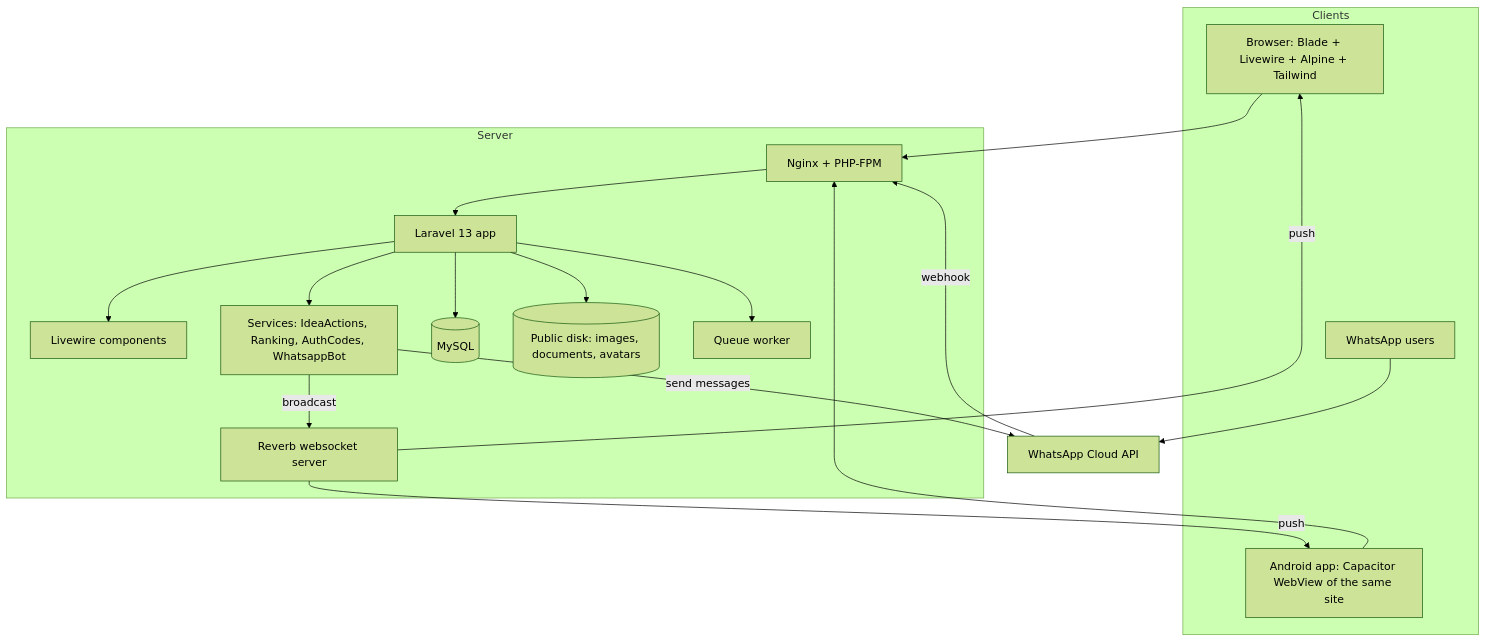
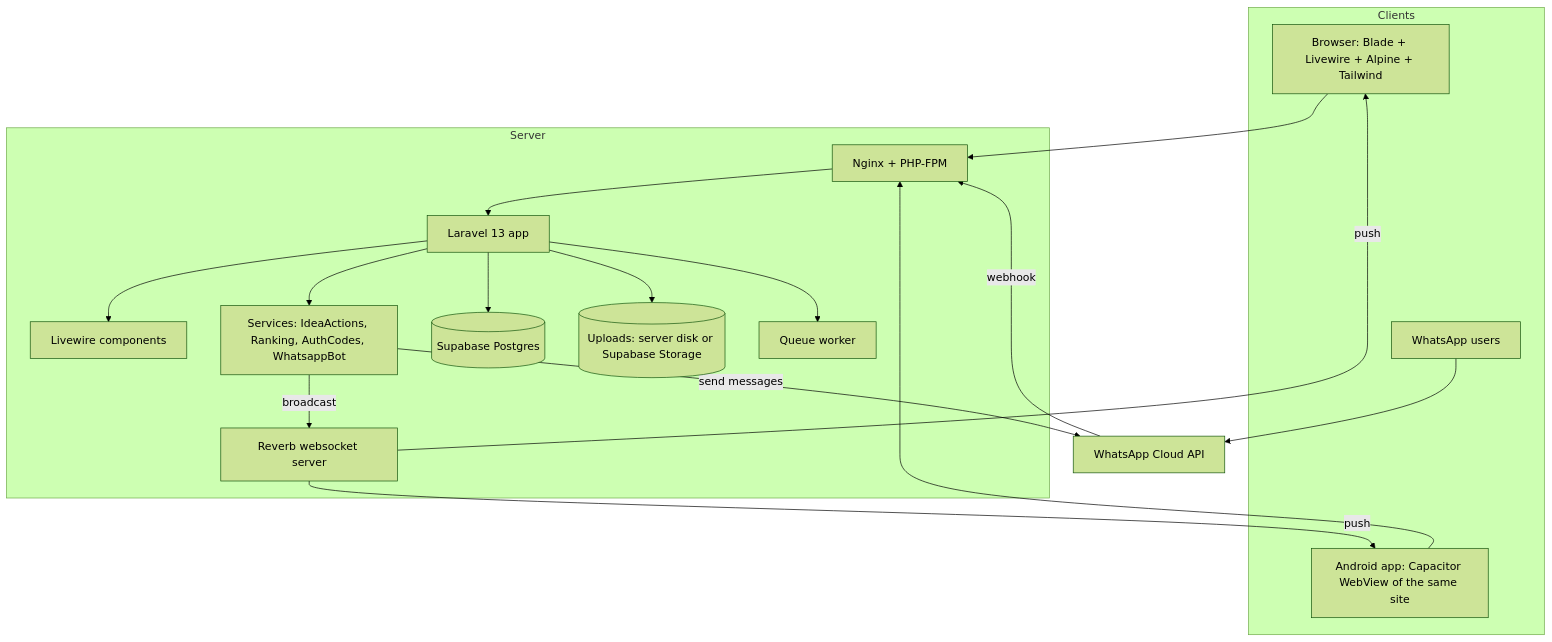
The second of 18 diagrams in docs/DOCUMENTATION.md (Nqobileee/zb-idea-manager), drawn with Mermaid (forest theme) before and after one commit. The commit also changed other lines of this file and 9 other files, not shown here.

````diff
--- a/docs/DOCUMENTATION.md
+++ b/docs/DOCUMENTATION.md
@@ -85,24 +85,24 @@
 ```mermaid
 flowchart TB
     subgraph Clients
       WEB[Browser: Blade + Livewire + Alpine + Tailwind]
       AND[Android app: Capacitor WebView of the same site]
       WA[WhatsApp users]
     end
     WEB --> NGINX
     AND --> NGINX
     WA --> META[WhatsApp Cloud API]
     META -->|webhook| NGINX
     subgraph Server
       NGINX[Nginx + PHP-FPM] --> LARAVEL[Laravel 13 app]
       LARAVEL --> LW[Livewire components]
       LARAVEL --> SVC[Services: IdeaActions, Ranking, AuthCodes, WhatsappBot]
-      LARAVEL --> MYSQL[(MySQL)]
-      LARAVEL --> FILES[(Public disk: images, documents, avatars)]
+      LARAVEL --> PG[(Supabase Postgres)]
+      LARAVEL --> FILES[(Uploads: server disk or Supabase Storage)]
       SVC -->|broadcast| REVERB[Reverb websocket server]
       LARAVEL --> QUEUE[Queue worker]
     end
     REVERB -->|push| WEB
     REVERB -->|push| AND
     SVC -->|send messages| META
 ```
````
